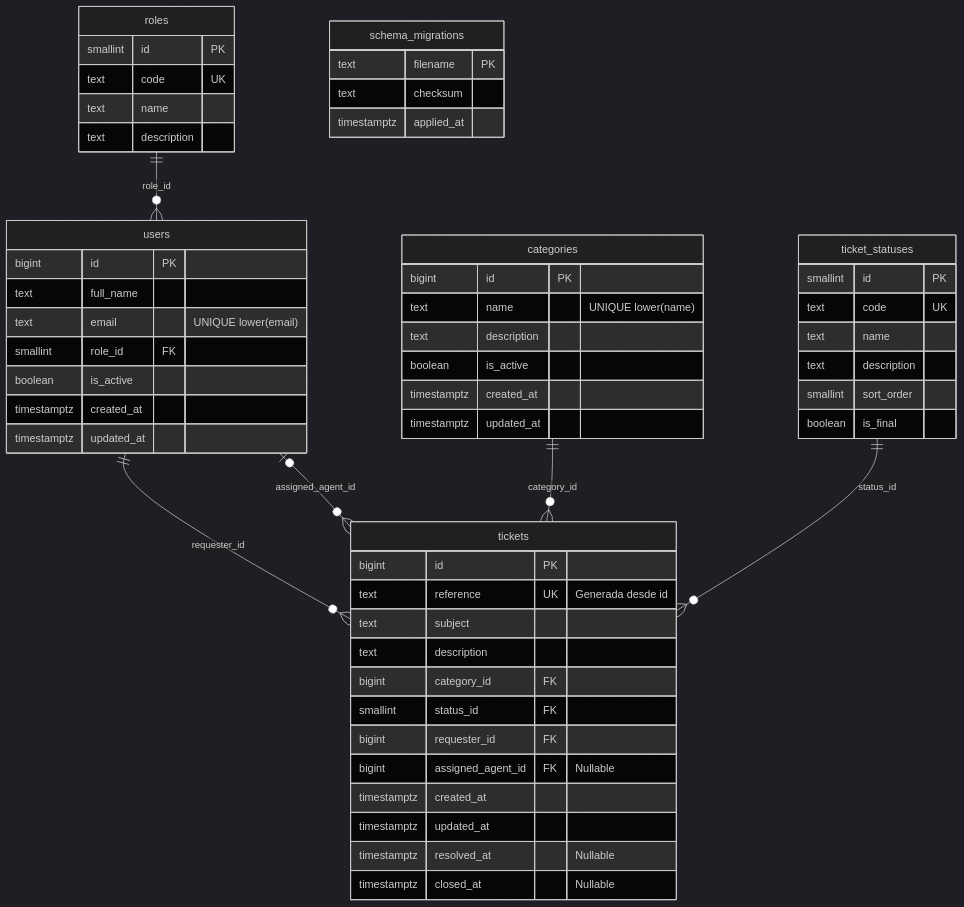
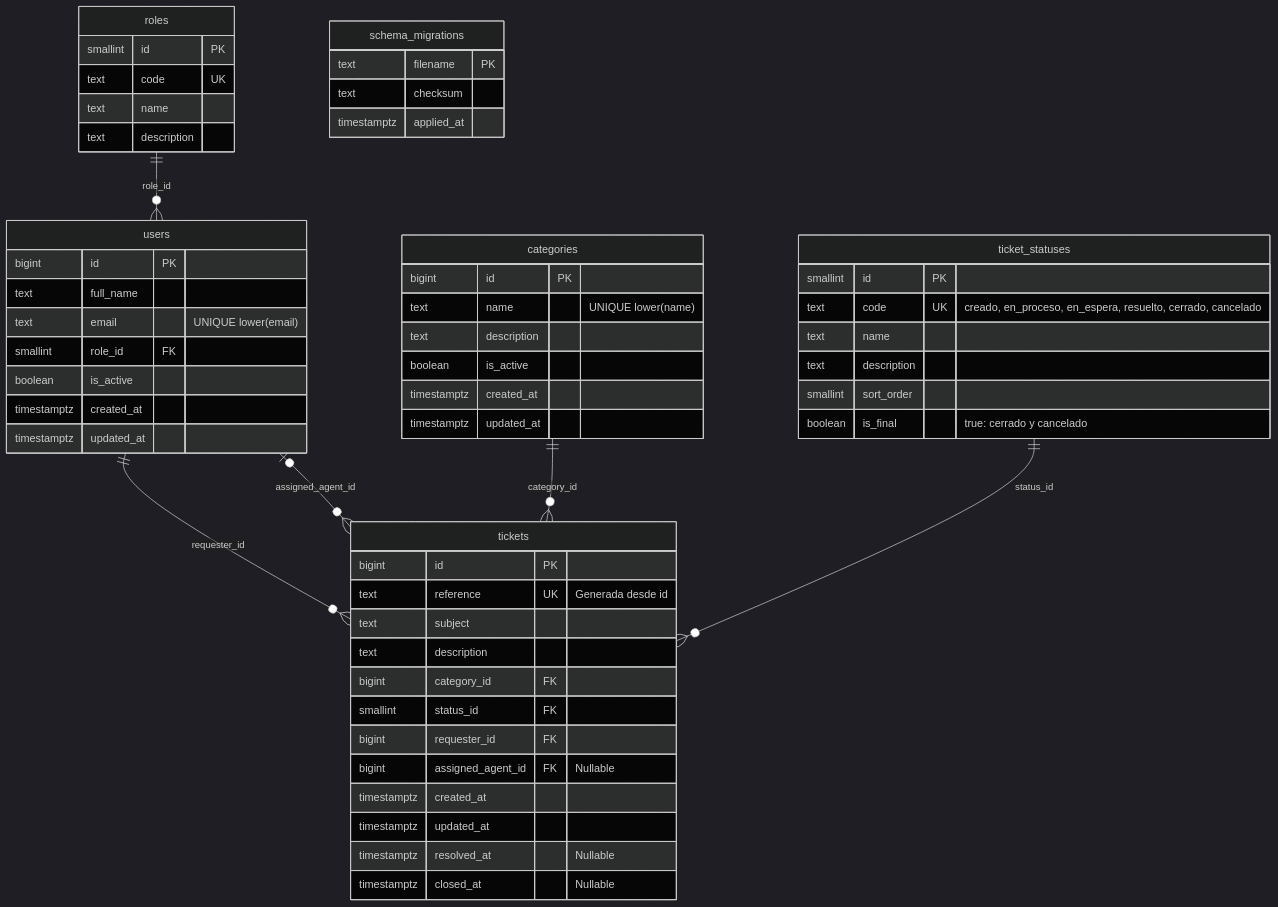
One commit to Claudia-Lainfiesta/HelpDesk changed the diagram in backend/db/README.md. Above: the diagram before and after it, drawn with Mermaid (dark theme). The commit also changed other lines of this file and 9 other files, not shown here.

````diff
--- a/backend/db/README.md
+++ b/backend/db/README.md
@@ -116,59 +139,59 @@
 ```mermaid
 erDiagram
     roles ||--o{ users : role_id
     users ||--o{ tickets : requester_id
     users o|--o{ tickets : assigned_agent_id
     categories ||--o{ tickets : category_id
     ticket_statuses ||--o{ tickets : status_id
 
     roles {
         smallint id PK
         text code UK
         text name
         text description
     }
     users {
         bigint id PK
         text full_name
         text email "UNIQUE lower(email)"
         smallint role_id FK
         boolean is_active
         timestamptz created_at
         timestamptz updated_at
     }
     categories {
         bigint id PK
         text name "UNIQUE lower(name)"
         text description
         boolean is_active
         timestamptz created_at
         timestamptz updated_at
     }
     ticket_statuses {
         smallint id PK
-        text code UK
+        text code UK "creado, en_proceso, en_espera, resuelto, cerrado, cancelado"
         text name
         text description
         smallint sort_order
-        boolean is_final
+        boolean is_final "true: cerrado y cancelado"
     }
     tickets {
         bigint id PK
         text reference UK "Generada desde id"
         text subject
         text description
         bigint category_id FK
         smallint status_id FK
         bigint requester_id FK
         bigint assigned_agent_id FK "Nullable"
         timestamptz created_at
         timestamptz updated_at
         timestamptz resolved_at "Nullable"
         timestamptz closed_at "Nullable"
     }
     schema_migrations {
         text filename PK
         text checksum
         timestamptz applied_at
     }
 ```
````
